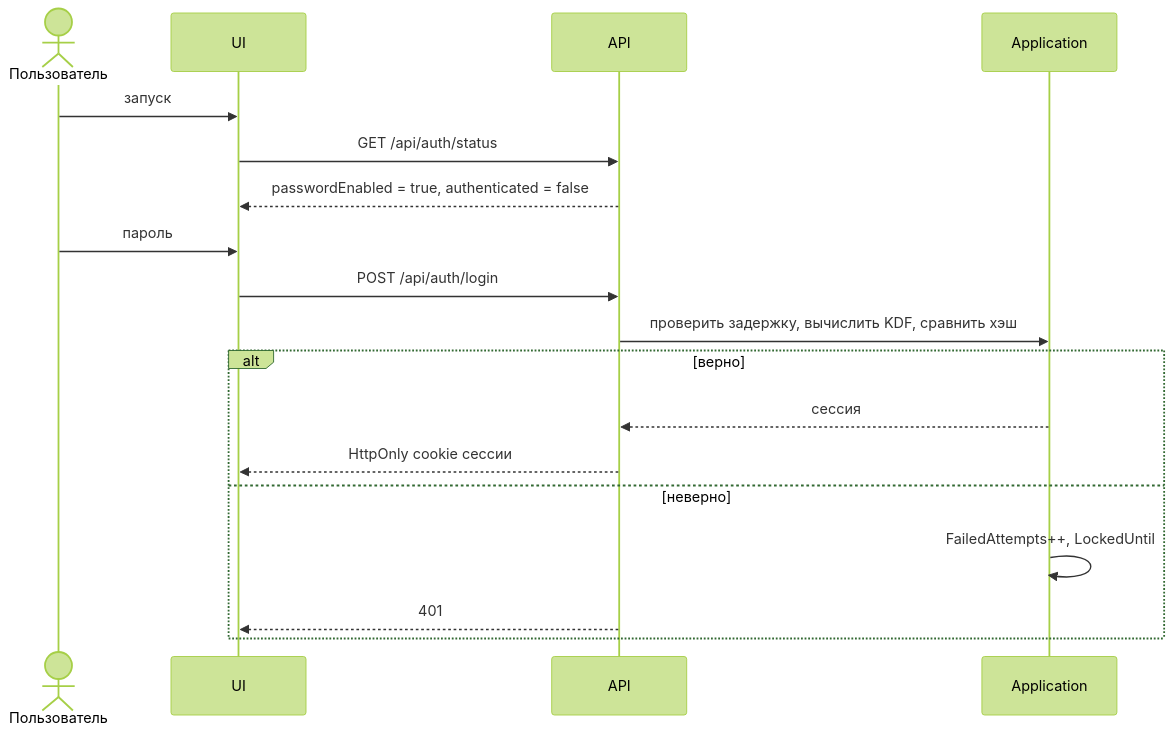
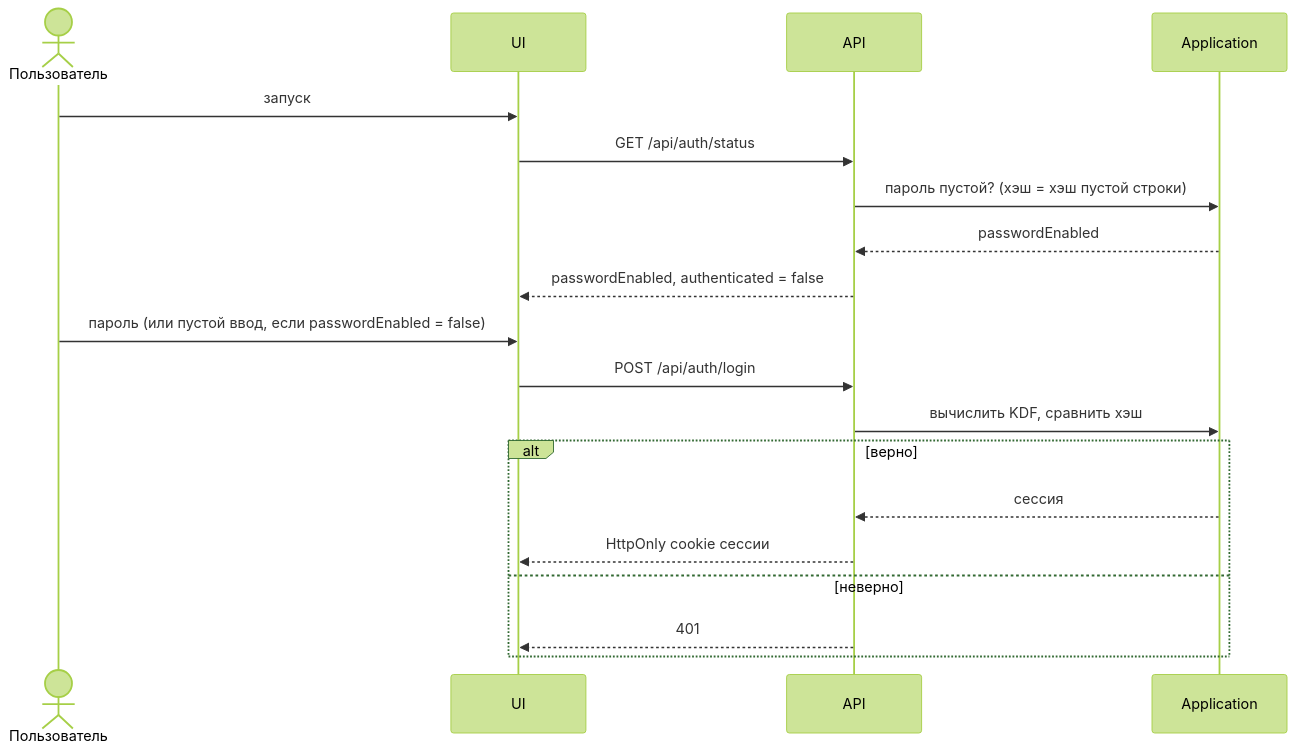
The ninth of 9 diagrams in docs/TZ_Local_Messenger_Hub.md (HRV220/MessageHub), drawn with Mermaid (forest theme) before and after one commit. The commit also changed other lines of this file and 11 other files, not shown here.

````diff
--- a/docs/TZ_Local_Messenger_Hub.md
+++ b/docs/TZ_Local_Messenger_Hub.md
@@ -1052,21 +961,22 @@
 ```mermaid
 sequenceDiagram
     actor U as Пользователь
     participant UI
     participant API
     participant APP as Application
 
     U->>UI: запуск
     UI->>API: GET /api/auth/status
-    API-->>UI: passwordEnabled = true, authenticated = false
-    U->>UI: пароль
+    API->>APP: пароль пустой? (хэш = хэш пустой строки)
+    APP-->>API: passwordEnabled
+    API-->>UI: passwordEnabled, authenticated = false
+    U->>UI: пароль (или пустой ввод, если passwordEnabled = false)
     UI->>API: POST /api/auth/login
-    API->>APP: проверить задержку, вычислить KDF, сравнить хэш
+    API->>APP: вычислить KDF, сравнить хэш
     alt верно
         APP-->>API: сессия
         API-->>UI: HttpOnly cookie сессии
     else неверно
-        APP->>APP: FailedAttempts++, LockedUntil
         API-->>UI: 401
     end
 ```
````
